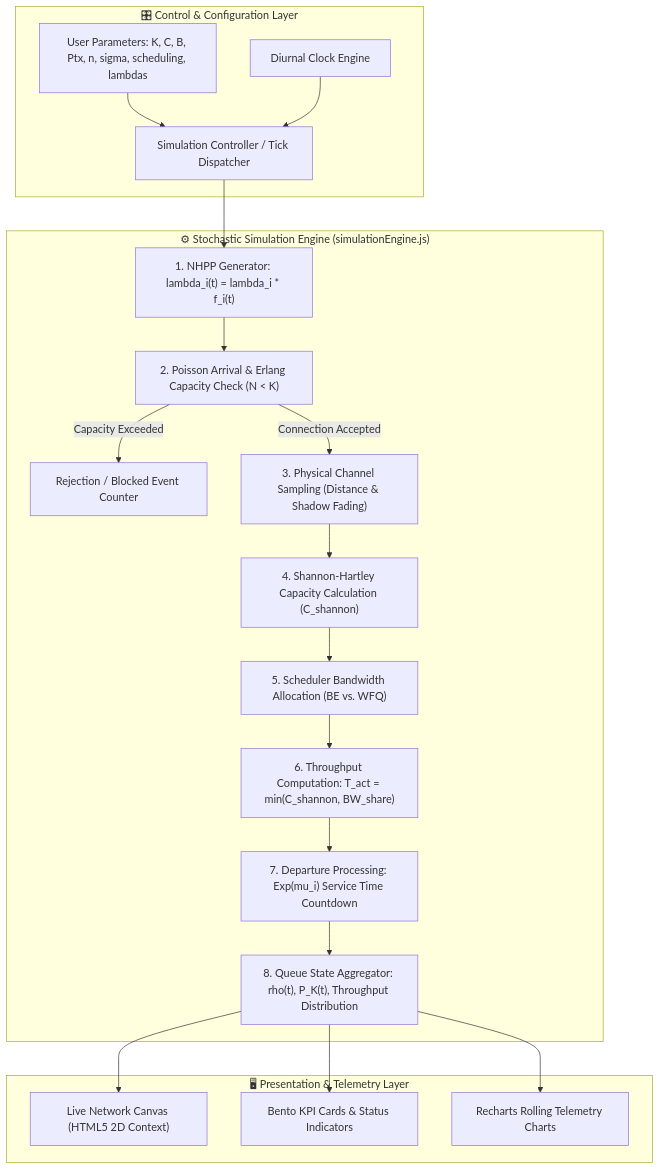
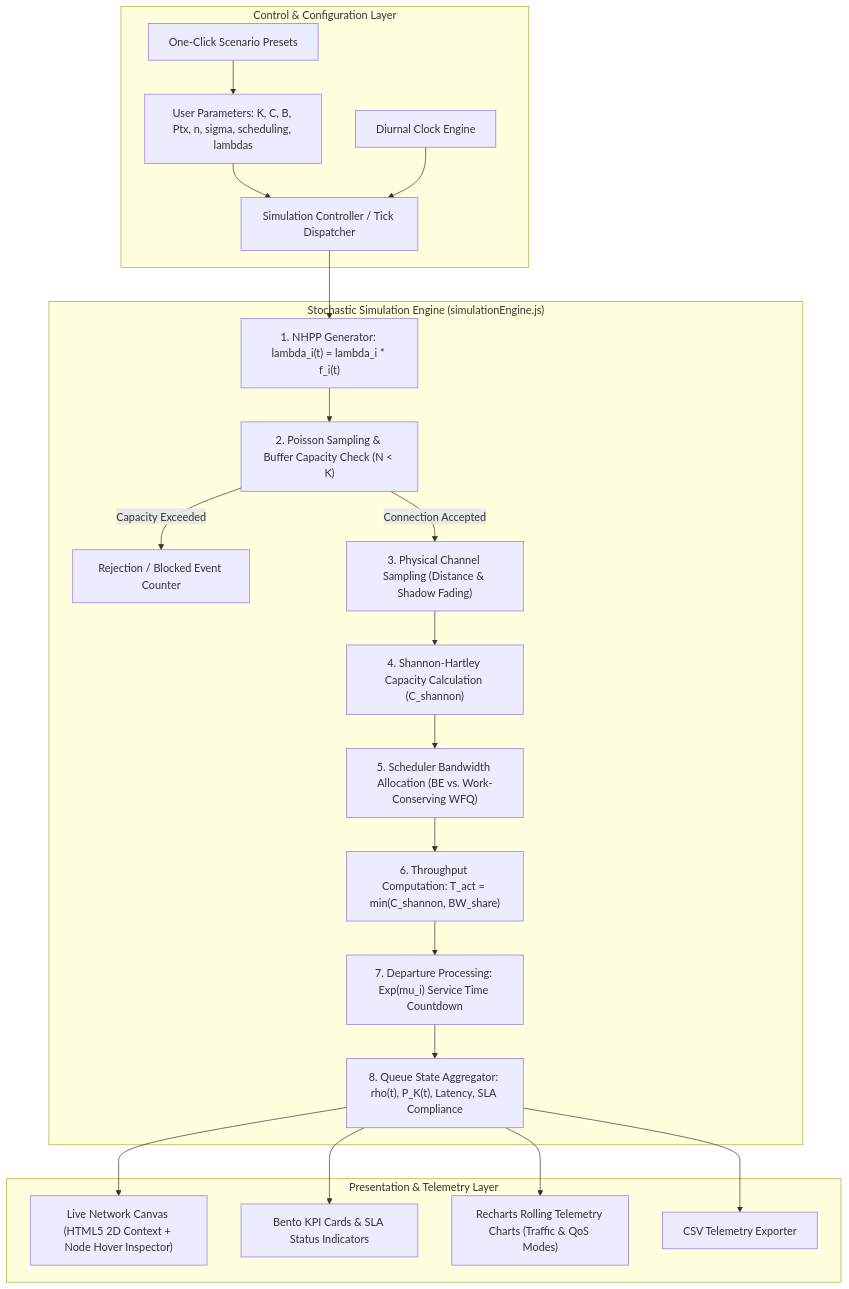
Before and after one commit to nael0407/Wifi-Simulation: the diagram in README.md, drawn with Mermaid. The commit also changed other lines of this file, not shown here.

````diff
--- a/README.md
+++ b/README.md
@@ -94,25 +122,27 @@
 ```mermaid
 flowchart TD
-    subgraph UI_Controls ["🎛 Control & Configuration Layer"]
+    subgraph UI_Controls ["Control & Configuration Layer"]
         A[User Parameters: K, C, B, Ptx, n, sigma, scheduling, lambdas] --> B[Simulation Controller / Tick Dispatcher]
+        PRE[One-Click Scenario Presets] --> A
         TIME[Diurnal Clock Engine] --> B
     end
 
-    subgraph Sim_Engine ["⚙ Stochastic Simulation Engine (simulationEngine.js)"]
+    subgraph Sim_Engine ["Stochastic Simulation Engine (simulationEngine.js)"]
         B --> C["1. NHPP Generator: lambda_i(t) = lambda_i * f_i(t)"]
-        C --> D["2. Poisson Arrival & Erlang Capacity Check (N < K)"]
+        C --> D["2. Poisson Sampling & Buffer Capacity Check (N < K)"]
         D -->|Capacity Exceeded| BLK["Rejection / Blocked Event Counter"]
         D -->|Connection Accepted| E["3. Physical Channel Sampling (Distance & Shadow Fading)"]
         E --> F["4. Shannon-Hartley Capacity Calculation (C_shannon)"]
-        F --> G["5. Scheduler Bandwidth Allocation (BE vs. WFQ)"]
+        F --> G["5. Scheduler Bandwidth Allocation (BE vs. Work-Conserving WFQ)"]
         G --> H["6. Throughput Computation: T_act = min(C_shannon, BW_share)"]
         H --> I["7. Departure Processing: Exp(mu_i) Service Time Countdown"]
-        I --> J["8. Queue State Aggregator: rho(t), P_K(t), Throughput Distribution"]
+        I --> J["8. Queue State Aggregator: rho(t), P_K(t), Latency, SLA Compliance"]
     end
 
-    subgraph Presentation ["🖥 Presentation & Telemetry Layer"]
-        J --> K["Live Network Canvas (HTML5 2D Context)"]
-        J --> L["Bento KPI Cards & Status Indicators"]
-        J --> M["Recharts Rolling Telemetry Charts"]
+    subgraph Presentation ["Presentation & Telemetry Layer"]
+        J --> K["Live Network Canvas (HTML5 2D Context + Node Hover Inspector)"]
+        J --> L["Bento KPI Cards & SLA Status Indicators"]
+        J --> M["Recharts Rolling Telemetry Charts (Traffic & QoS Modes)"]
+        J --> N["CSV Telemetry Exporter"]
     end
 ```
````
